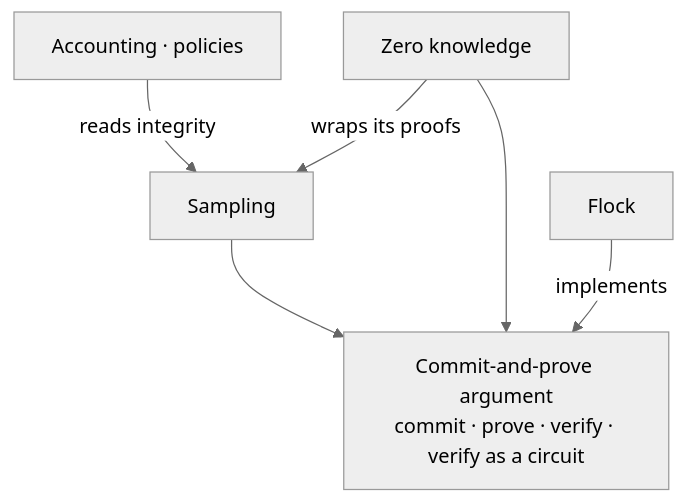
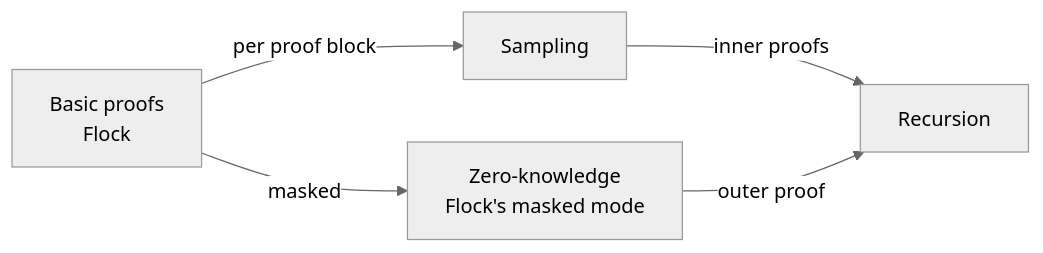
One commit to Geodesic-Fox/verity-docs-staging changed the diagram in docs/content/proof-systems/basic-proofs.md. Above: the diagram before and after it, drawn with Mermaid (neutral theme). The commit also changed other lines of this file and 25 other files, not shown here.

Commit message:
docs: flat tree; proof systems as an argument and three compilers; each resource absorbs its protocol; Architecture page

```diff
--- a/docs/content/proof-systems/basic-proofs.md
+++ b/docs/content/proof-systems/basic-proofs.md
@@ -3,13 +8,11 @@
 ~~~mermaid
-flowchart TB
-  acc["Accounting · policies"]
+flowchart LR
+  basic["Basic proofs<br/>Flock"]
   samp["Sampling"]
-  zk["Zero knowledge"]
-  arg["Commit-and-prove argument<br/>commit · prove · verify · verify as a circuit"]
-  cf["Flock"]
-  acc -->|"reads integrity"| samp
-  zk -->|"wraps its proofs"| samp
-  samp --> arg
-  zk --> arg
-  cf -->|"implements"| arg
+  zk["Zero-knowledge<br/>Flock's masked mode"]
+  rec["Recursion"]
+  basic -->|"per proof block"| samp
+  basic -->|"masked"| zk
+  samp -->|"inner proofs"| rec
+  zk -->|"outer proof"| rec
 ~~~
```
